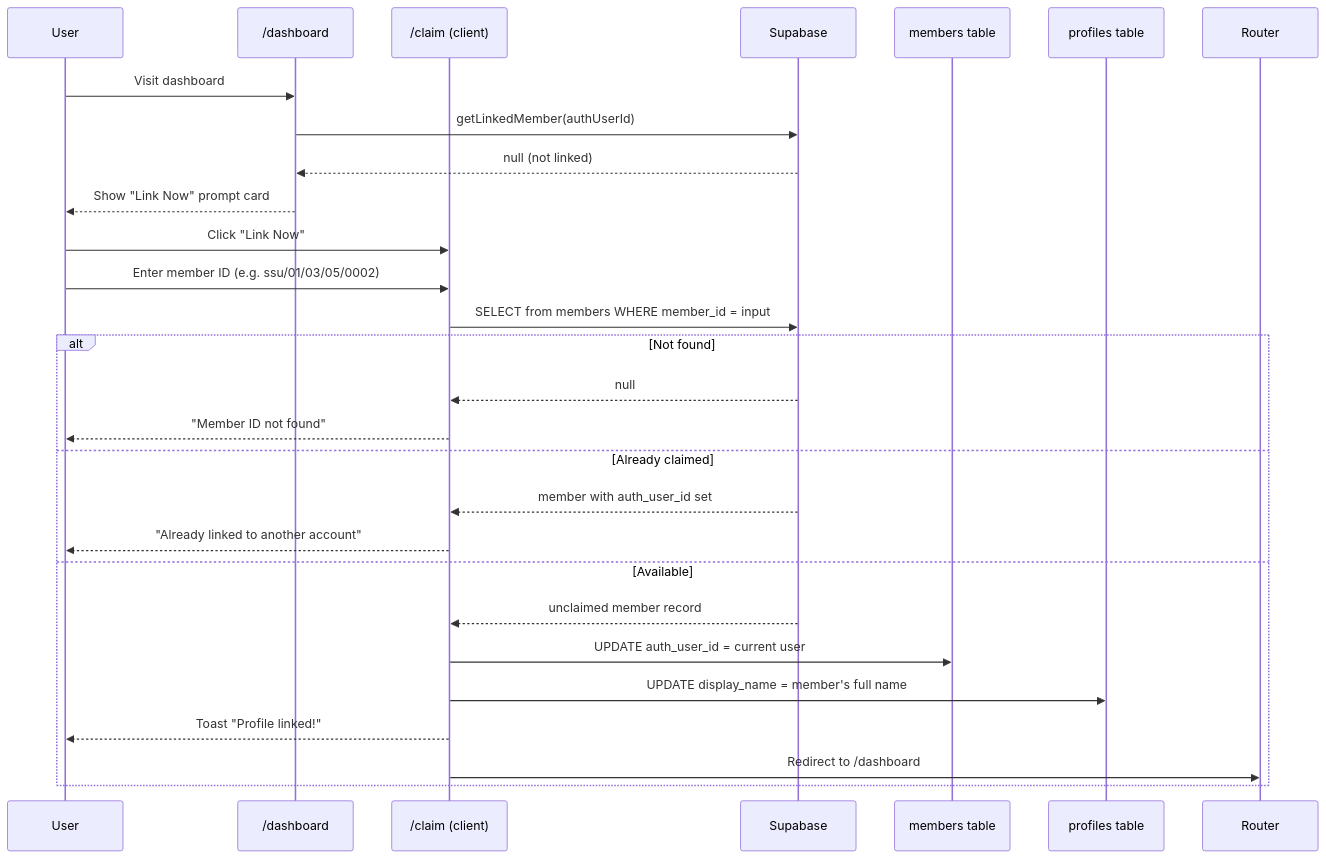
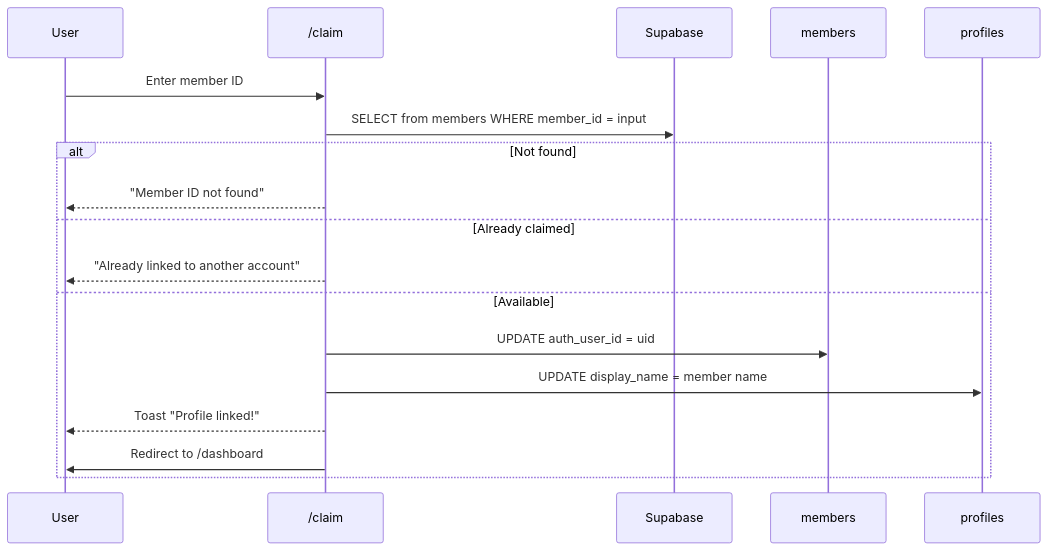
Before and after one commit to Felege-Yordanos-Tech-Team/felege-yordanos-app: the third of 6 diagrams in docs/auth-flow.md, drawn with Mermaid. The commit also changed other lines of this file and 5 other files, not shown here.

````diff
--- a/docs/auth-flow.md
+++ b/docs/auth-flow.md
@@ -89,33 +63,22 @@
 ```mermaid
 sequenceDiagram
     participant U as User
-    participant D as /dashboard
-    participant C as /claim (client)
+    participant C as /claim
     participant SB as Supabase
-    participant M as members table
-    participant P as profiles table
-    participant R as Router
+    participant M as members
+    participant P as profiles
 
-    U->>D: Visit dashboard
-    D->>SB: getLinkedMember(authUserId)
-    SB-->>D: null (not linked)
-    D-->>U: Show "Link Now" prompt card
-
-    U->>C: Click "Link Now"
-    U->>C: Enter member ID (e.g. ssu/01/03/05/0002)
+    U->>C: Enter member ID
     C->>SB: SELECT from members WHERE member_id = input
 
     alt Not found
-        SB-->>C: null
         C-->>U: "Member ID not found"
     else Already claimed
-        SB-->>C: member with auth_user_id set
         C-->>U: "Already linked to another account"
     else Available
-        SB-->>C: unclaimed member record
-        C->>M: UPDATE auth_user_id = current user
-        C->>P: UPDATE display_name = member's full name
+        C->>M: UPDATE auth_user_id = uid
+        C->>P: UPDATE display_name = member name
         C-->>U: Toast "Profile linked!"
-        C->>R: Redirect to /dashboard
+        C->>U: Redirect to /dashboard
     end
 ```
````
